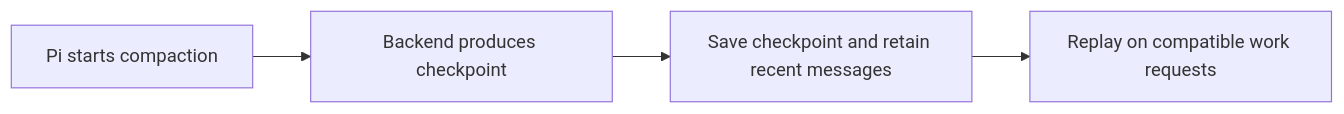
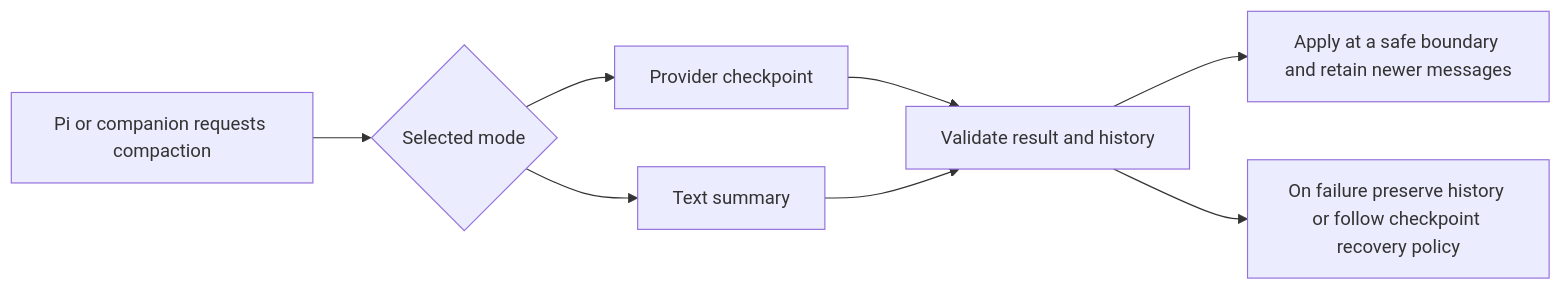
Before and after one commit to AHGGG/pi-extensions: the diagram in packages/pi-codex-compact/README.md, drawn with Mermaid. The commit also changed other lines of this file and 18 other files, not shown here.

````diff
--- a/packages/pi-codex-compact/README.md
+++ b/packages/pi-codex-compact/README.md
@@ -197,6 +212,10 @@
 ```mermaid
 flowchart LR
-    A[Pi starts compaction] --> B[Backend produces checkpoint]
-    B --> C[Save checkpoint and retain recent messages]
-    C --> D[Replay on compatible work requests]
+    A[Pi or companion requests compaction] --> B{Selected mode}
+    B --> C[Provider checkpoint]
+    B --> D[Text summary]
+    C --> E[Validate result and history]
+    D --> E
+    E --> F[Apply at a safe boundary and retain newer messages]
+    E --> G[On failure preserve history or follow checkpoint recovery policy]
 ```
````
